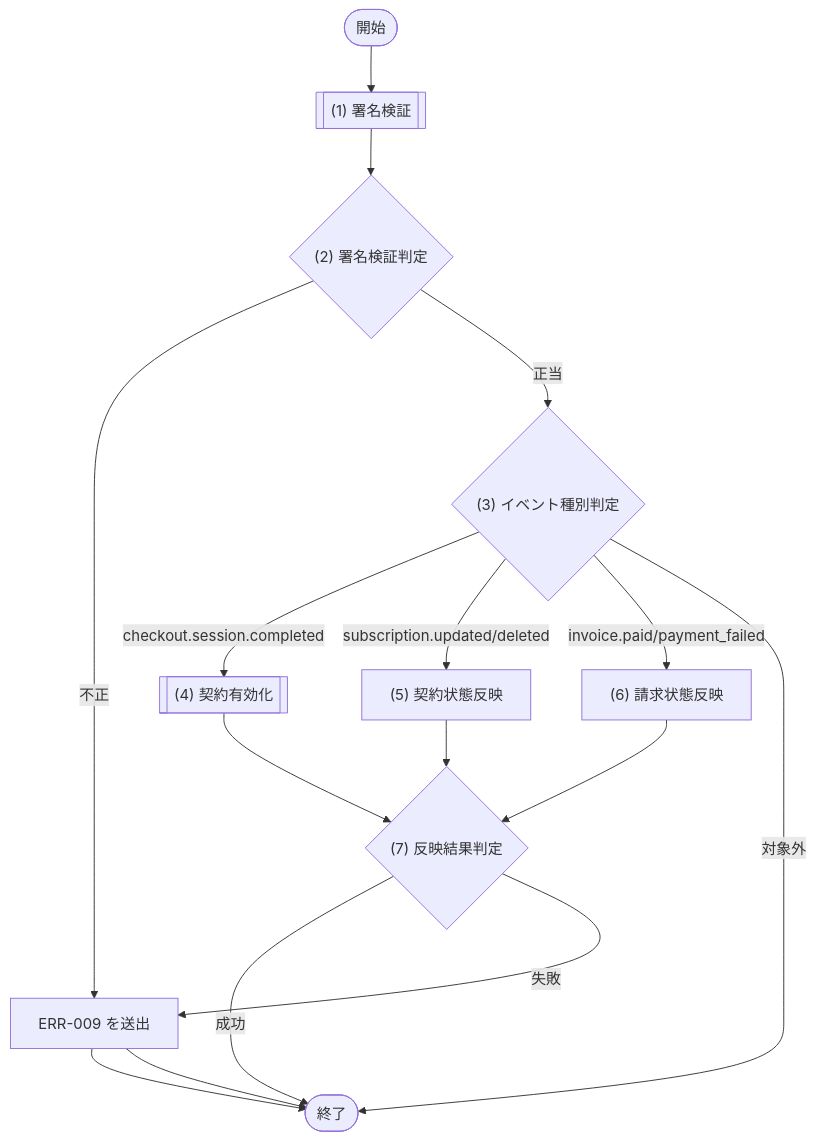
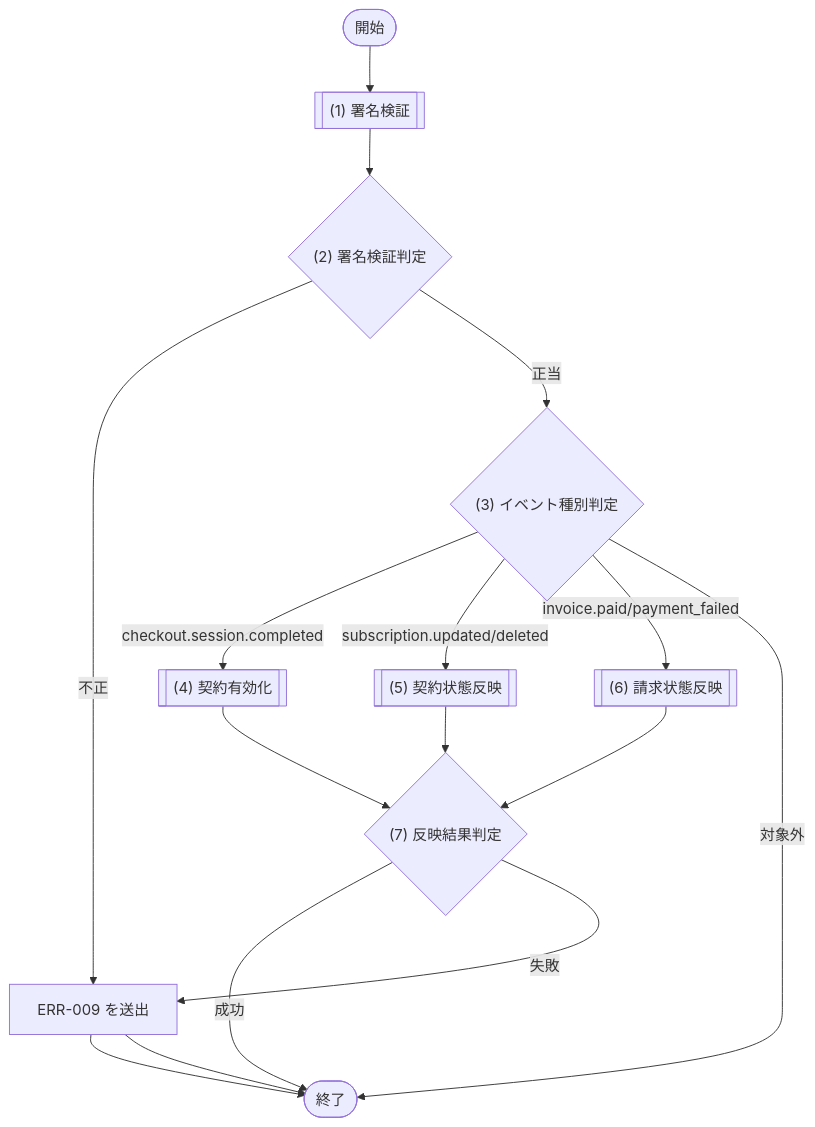
Before and after one commit to sikakou54/system-document-template: the third of 6 diagrams in docs/03_機能設計/05_モジュール設計/MOD-007_課金サービス.md, drawn with Mermaid. The commit also changed other lines of this file and 43 other files, not shown here.

````diff
--- a/docs/03_機能設計/05_モジュール設計/MOD-007_課金サービス.md
+++ b/docs/03_機能設計/05_モジュール設計/MOD-007_課金サービス.md
@@ -270,23 +270,23 @@
 ```mermaid
 flowchart TD
   Start([開始])
   P0[["(1) 署名検証"]]
   D1{"(2) 署名検証判定"}
   D2{"(3) イベント種別判定"}
   P1[["(4) 契約有効化"]]
-  P2["(5) 契約状態反映"]
-  P3["(6) 請求状態反映"]
+  P2[["(5) 契約状態反映"]]
+  P3[["(6) 請求状態反映"]]
   D3{"(7) 反映結果判定"}
   E1["ERR-009 を送出"]
   End([終了])
 
   Start --> P0 --> D1
   D1 -- "不正" --> E1 --> End
   D1 -- "正当" --> D2
   D2 -- "checkout.session.completed" --> P1 --> D3
   D2 -- "subscription.updated/deleted" --> P2 --> D3
   D2 -- "invoice.paid/payment_failed" --> P3 --> D3
   D2 -- "対象外" --> End
   D3 -- "成功" --> End
   D3 -- "失敗" --> E1 --> End
 ```
````
